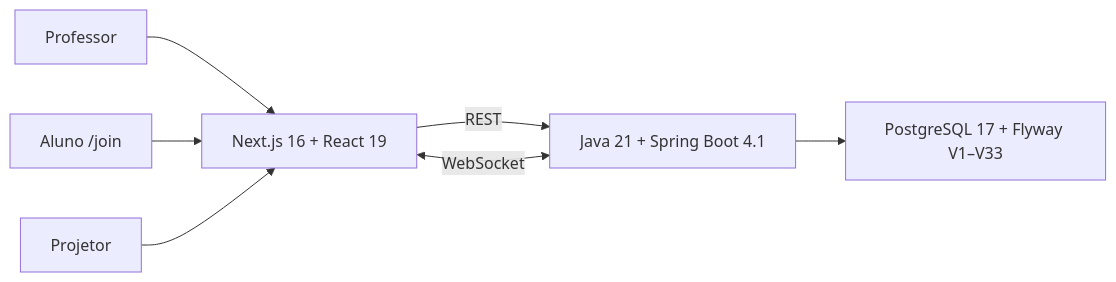
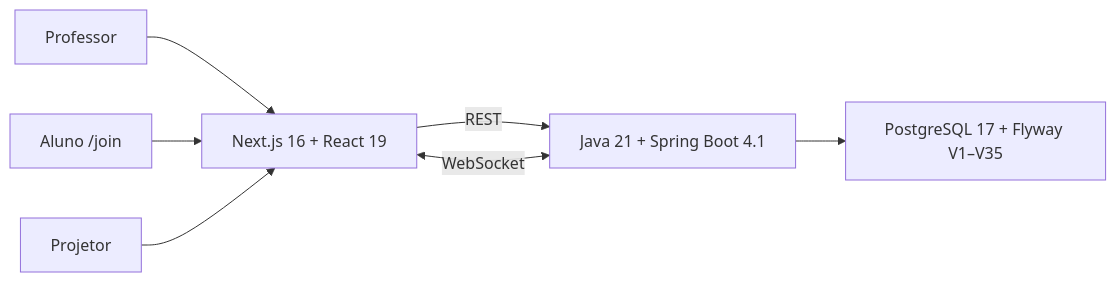
One commit to wesscosta/arena-dev changed the diagram in README.md. Above: the diagram before and after it, drawn with Mermaid. The commit also changed other lines of this file and 9 other files, not shown here.

````diff
--- a/README.md
+++ b/README.md
@@ -113,9 +113,9 @@
 ```mermaid
 flowchart LR
     T["Professor"] --> F["Next.js 16 + React 19"]
     S["Aluno /join"] --> F
     P["Projetor"] --> F
     F -->|"REST"| B["Java 21 + Spring Boot 4.1"]
     F <-->|"WebSocket"| B
-    B --> D["PostgreSQL 17 + Flyway V1–V33"]
+    B --> D["PostgreSQL 17 + Flyway V1–V35"]
 ```
````
